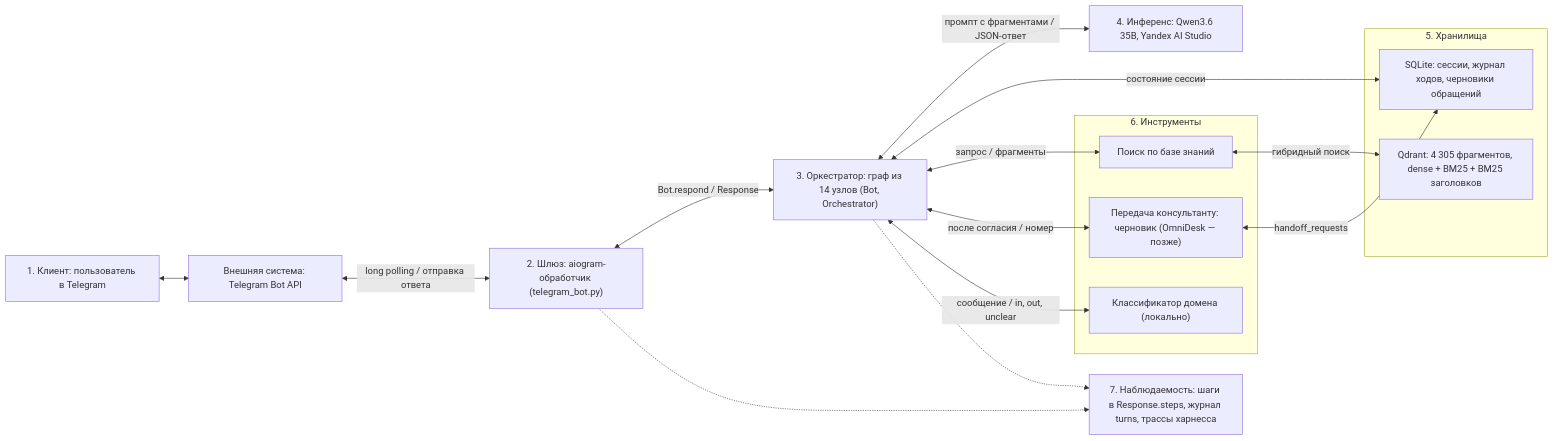
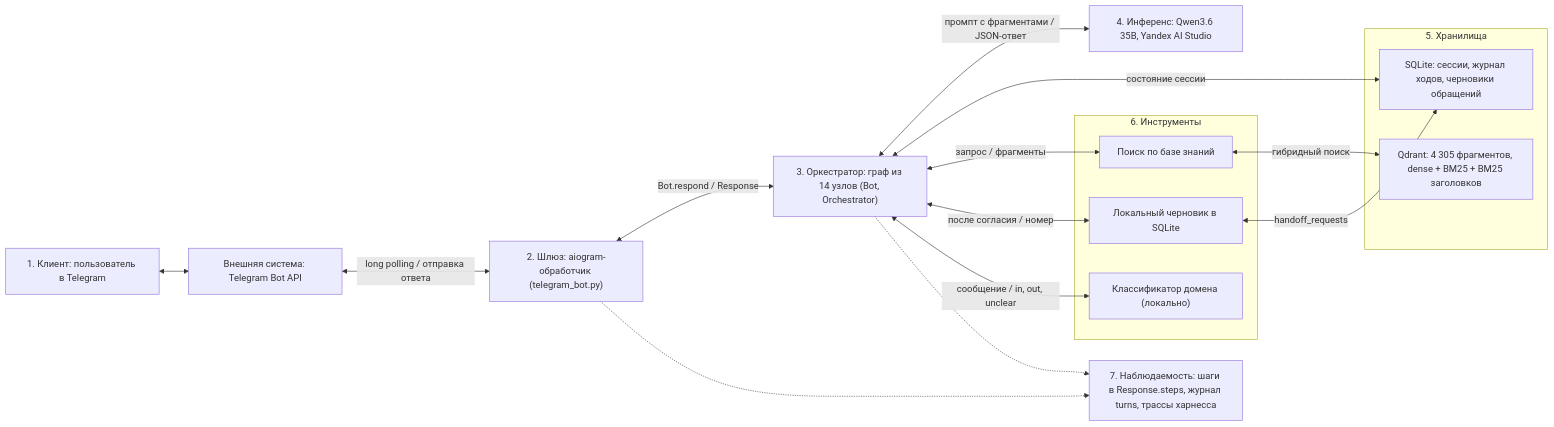
The diagram in design_doc_KT-3.md (datingloki/chatbot_rag), drawn with Mermaid before and after one commit. The commit also changed other lines of this file and 33 other files, not shown here.

````diff
--- a/design_doc_KT-3.md
+++ b/design_doc_KT-3.md
@@ -306,24 +292,24 @@
 ```mermaid
 flowchart LR
     C["1. Клиент: пользователь в Telegram"] <--> TG["Внешняя система: Telegram Bot API"]
     TG <-->|"long polling / отправка ответа"| G["2. Шлюз: aiogram-обработчик (telegram_bot.py)"]
     G <-->|"Bot.respond / Response"| O["3. Оркестратор: граф из 14 узлов (Bot, Orchestrator)"]
     O <-->|"промпт с фрагментами / JSON-ответ"| I["4. Инференс: Qwen3.6 35B, Yandex AI Studio"]
     subgraph S["5. Хранилища"]
         D["SQLite: сессии, журнал ходов, черновики обращений"]
         K["Qdrant: 4 305 фрагментов, dense + BM25 + BM25 заголовков"]
     end
     subgraph T["6. Инструменты"]
         R["Поиск по базе знаний"]
-        H["Передача консультанту: черновик (OmniDesk — позже)"]
+        H["Локальный черновик в SQLite"]
         DC["Классификатор домена (локально)"]
     end
     O <-->|"состояние сессии"| D
     O <-->|"запрос / фрагменты"| R
     R <-->|"гибридный поиск"| K
     O <-->|"после согласия / номер"| H
     H <-->|"handoff_requests"| D
     O <-->|"сообщение / in, out, unclear"| DC
     G -.-> N["7. Наблюдаемость: шаги в Response.steps, журнал turns, трассы харнесса"]
     O -.-> N
 ```
````
